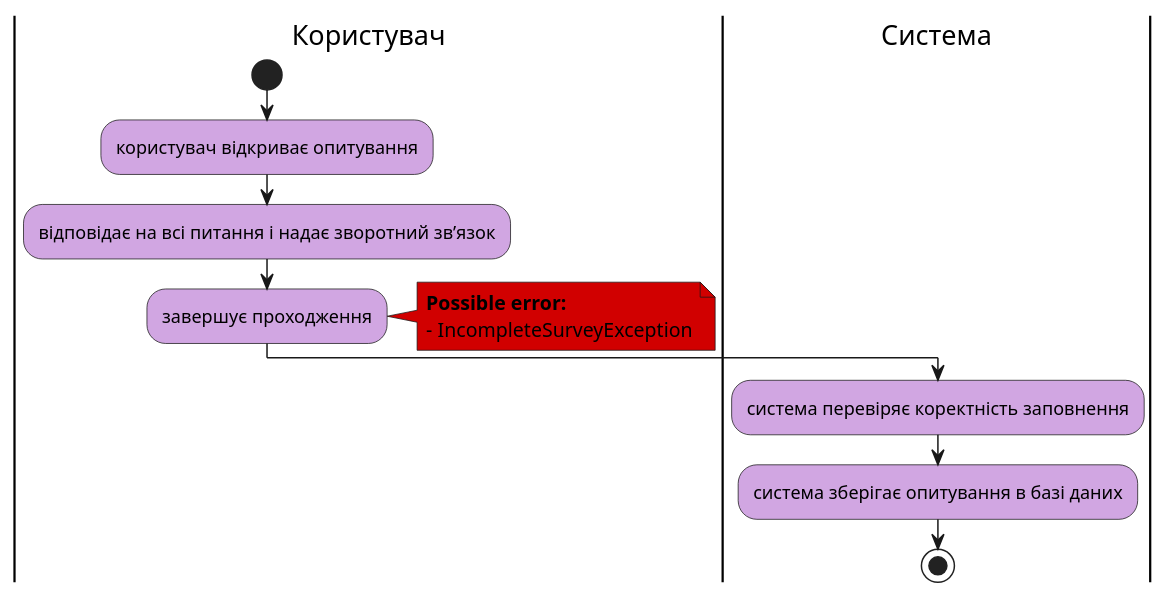
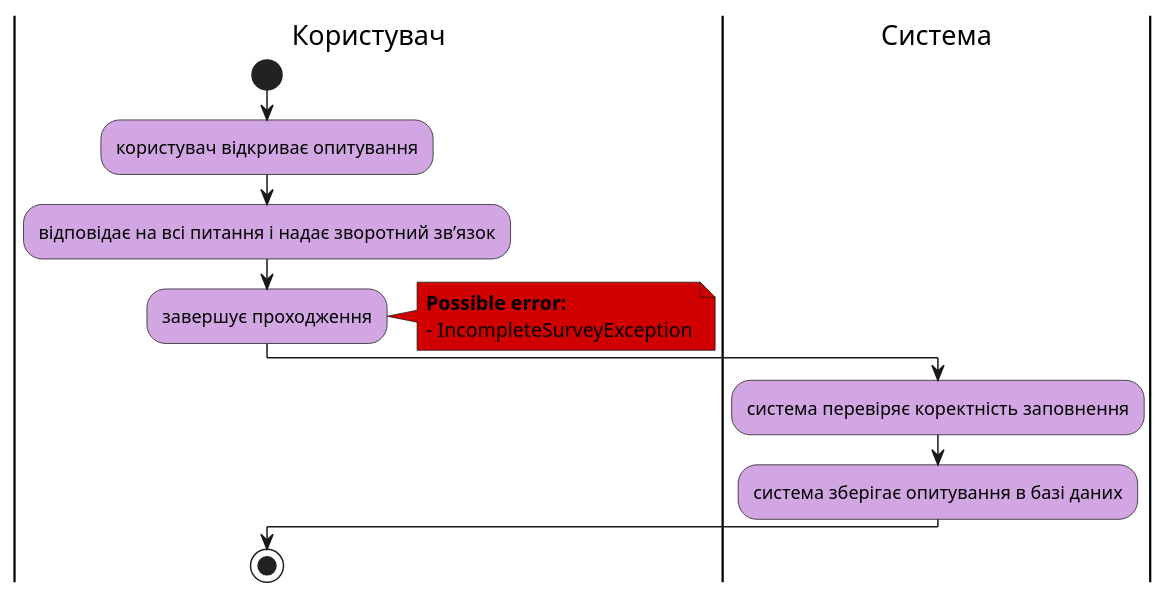
One commit to sunnytea0/db_labs_my changed the seventh of 13 diagrams in docs/use cases/README.md. Above: the diagram before and after it, drawn with PlantUML. The commit also changed other lines of this file, not shown here.

First line of the commit message:
#26: changes schema scenarios

```diff
--- a/docs/use cases/README.md
+++ b/docs/use cases/README.md
@@ -258,21 +261,22 @@
 @startuml
 
     skinparam ActivityBackgroundColor #d1a6e2
 
     |Користувач|
     start;
     :користувач відкриває опитування;
     :відповідає на всі питання і надає зворотний зв’язок;
     :завершує проходження;
     note right #D10000
     <b>Possible error:
     - IncompleteSurveyException
     end note
 
     |Система|
     :система перевіряє коректність заповнення;
     :система зберігає опитування в базі даних;
 
+    |Користувач|
     stop;
 
 @enduml
```
